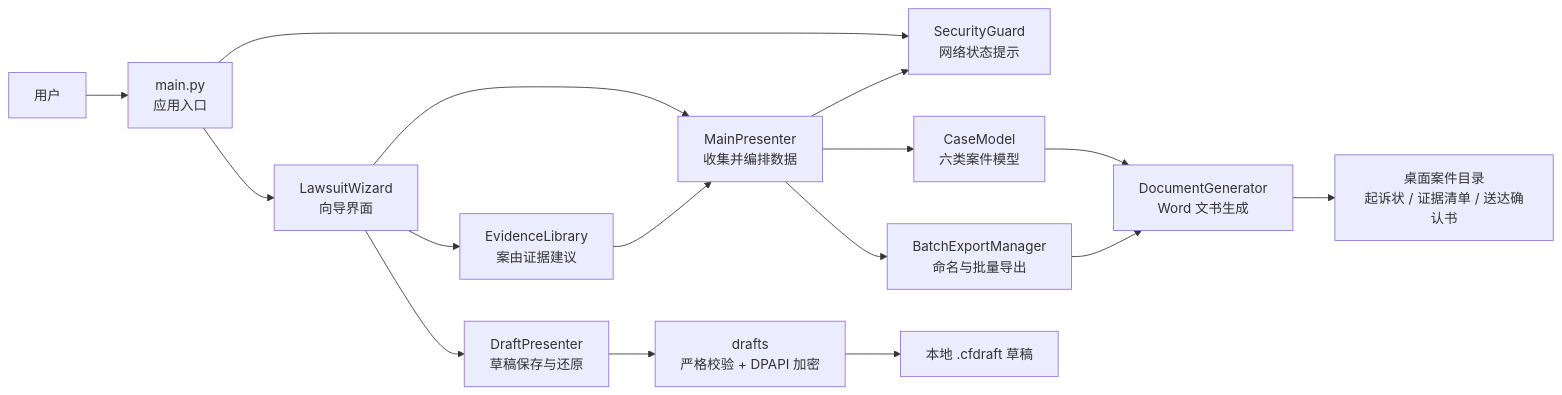
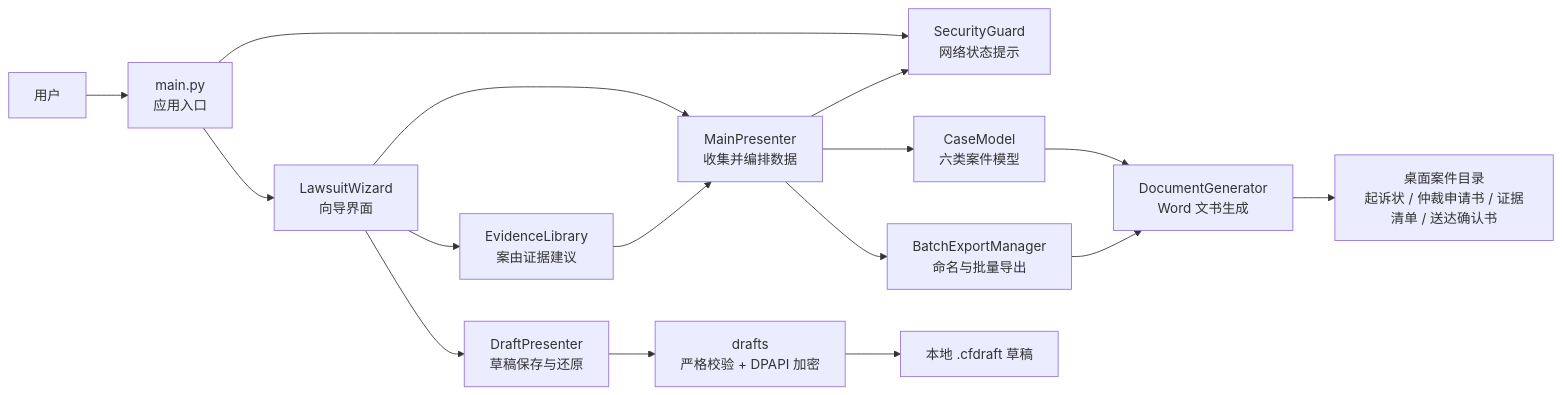
One commit to YGone-001/civil-filing-assistant changed the diagram in README.md. Above: the diagram before and after it, drawn with Mermaid. The commit also changed other lines of this file and 21 other files, not shown here.

````diff
--- a/README.md
+++ b/README.md
@@ -60,18 +60,18 @@
 ```mermaid
 flowchart LR
     User["用户"] --> Entry["main.py<br/>应用入口"]
     Entry --> Guard["SecurityGuard<br/>网络状态提示"]
     Entry --> View["LawsuitWizard<br/>向导界面"]
     View --> Presenter["MainPresenter<br/>收集并编排数据"]
     Presenter --> Models["CaseModel<br/>六类案件模型"]
     View --> Evidence["EvidenceLibrary<br/>案由证据建议"]
     Evidence --> Presenter
     Models --> Generator["DocumentGenerator<br/>Word 文书生成"]
     Presenter --> Batch["BatchExportManager<br/>命名与批量导出"]
     Batch --> Generator
-    Generator --> Output["桌面案件目录<br/>起诉状 / 证据清单 / 送达确认书"]
+    Generator --> Output["桌面案件目录<br/>起诉状 / 仲裁申请书 / 证据清单 / 送达确认书"]
     Presenter --> Guard
     View --> DraftPresenter["DraftPresenter<br/>草稿保存与还原"]
     DraftPresenter --> Drafts["drafts<br/>严格校验 + DPAPI 加密"]
     Drafts --> DraftFile["本地 .cfdraft 草稿"]
 ```
````
